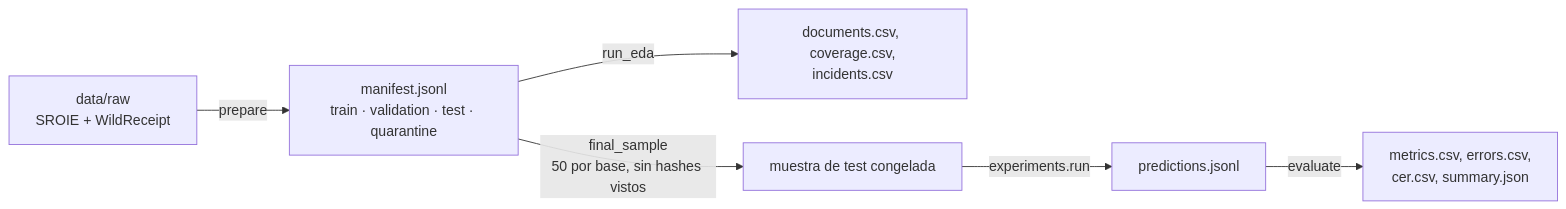
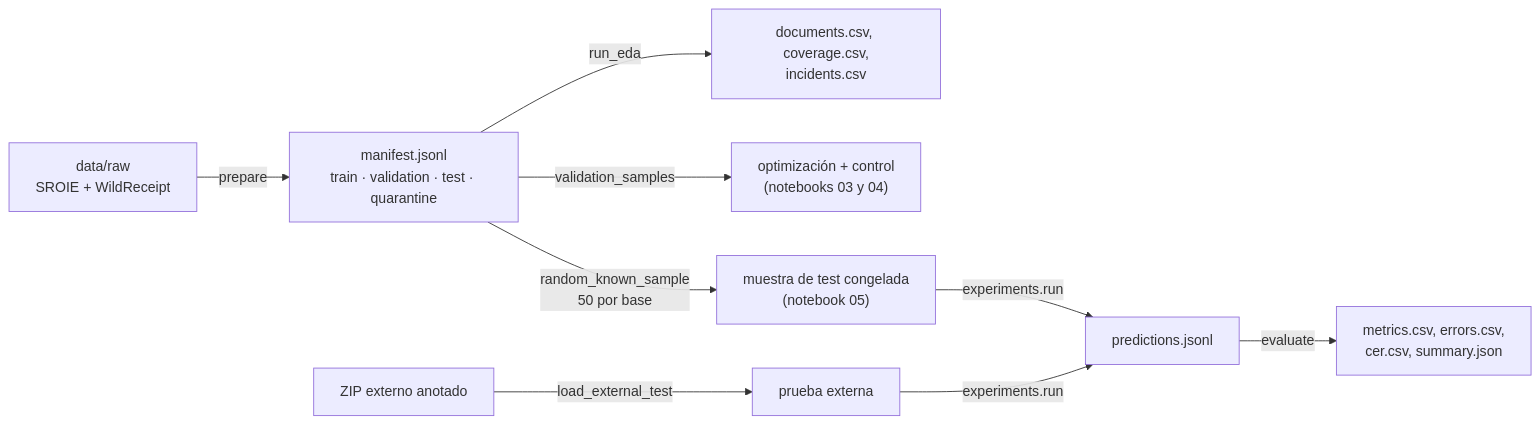
One commit to Jesusl2202/Document-Scanner changed the third of 3 diagrams in docs/arquitectura.md. Above: the diagram before and after it, drawn with Mermaid. The commit also changed other lines of this file and 62 other files, not shown here.

````diff
--- a/docs/arquitectura.md
+++ b/docs/arquitectura.md
@@ -297,8 +347,10 @@
 ```mermaid
 flowchart LR
     R["data/raw<br/>SROIE + WildReceipt"] -->|prepare| M["manifest.jsonl<br/>train · validation · test · quarantine"]
     M -->|run_eda| E["documents.csv, coverage.csv,<br/>incidents.csv"]
-    M -->|final_sample<br/>50 por base, sin hashes vistos| S["muestra de test congelada"]
-    S -->|experiments.run| P["predictions.jsonl"]
+    M -->|validation_samples| V["optimización + control<br/>(notebooks 03 y 04)"]
+    M -->|random_known_sample<br/>50 por base| S["muestra de test congelada<br/>(notebook 05)"]
+    X["ZIP externo anotado"] -->|load_external_test| S2["prueba externa"]
+    S & S2 -->|experiments.run| P["predictions.jsonl"]
     P -->|evaluate| Q["metrics.csv, errors.csv,<br/>cer.csv, summary.json"]
 ```
````
